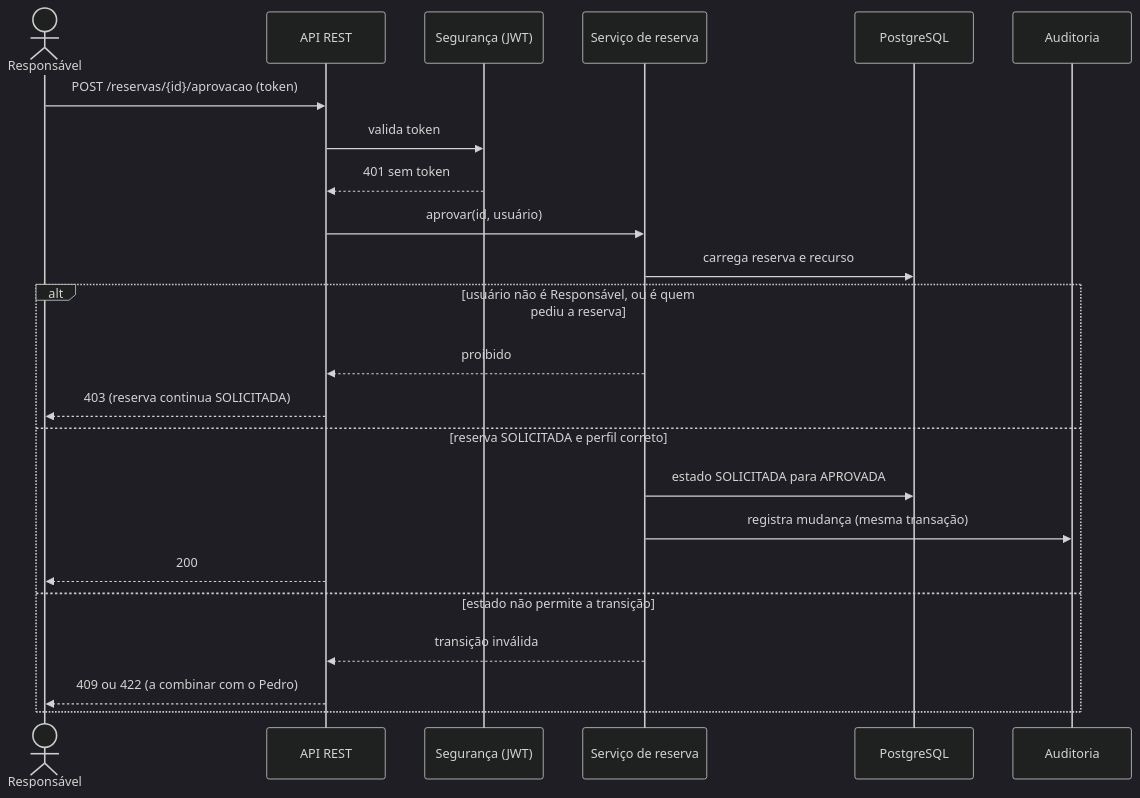
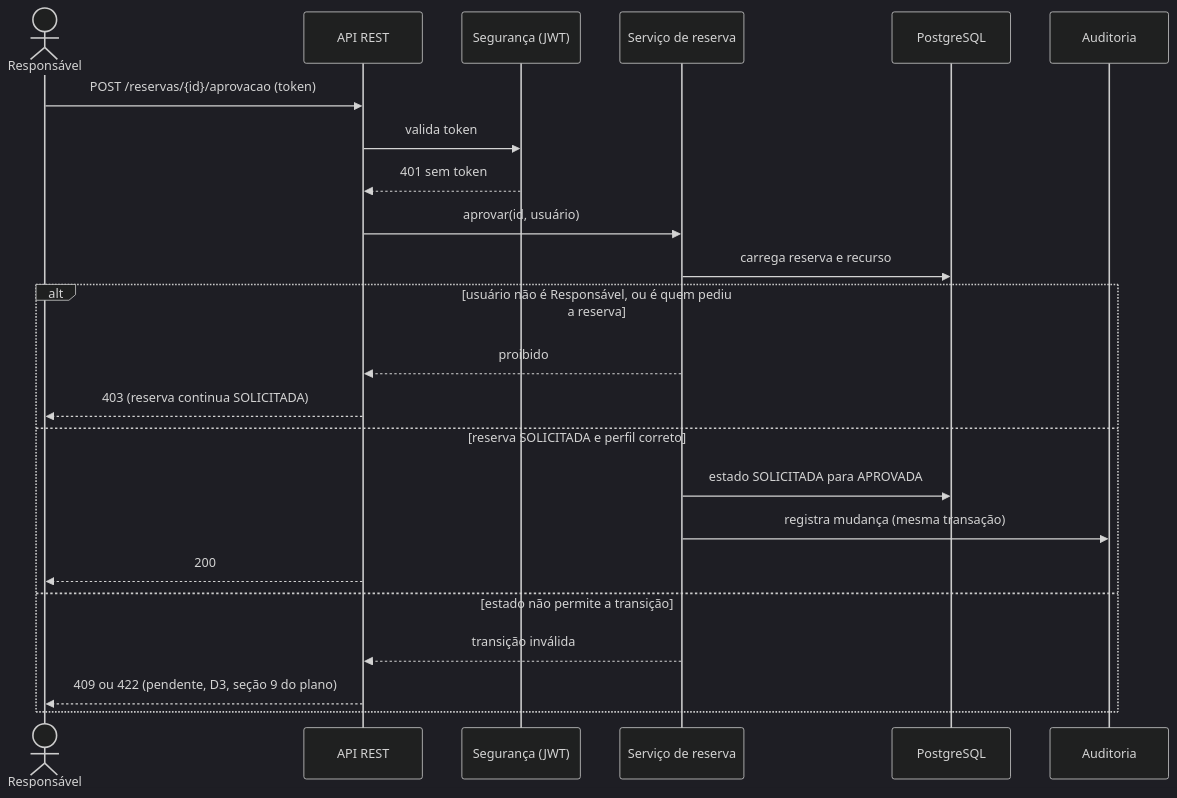
One commit to GustAndrade07/organizacao-recursos changed the fifth of 5 diagrams in docs/arquitetura.md. Above: the diagram before and after it, drawn with Mermaid (dark theme). The commit also changed other lines of this file and 3 other files, not shown here.

````diff
--- a/docs/arquitetura.md
+++ b/docs/arquitetura.md
@@ -122,26 +122,26 @@
 ```mermaid
 sequenceDiagram
     actor R as Responsável
     participant API as API REST
     participant SEG as Segurança (JWT)
     participant SRV as Serviço de reserva
     participant DB as PostgreSQL
     participant AUD as Auditoria
 
     R->>API: POST /reservas/{id}/aprovacao (token)
     API->>SEG: valida token
     SEG-->>API: 401 sem token
     API->>SRV: aprovar(id, usuário)
     SRV->>DB: carrega reserva e recurso
     alt usuário não é Responsável, ou é quem pediu a reserva
         SRV-->>API: proibido
         API-->>R: 403 (reserva continua SOLICITADA)
     else reserva SOLICITADA e perfil correto
         SRV->>DB: estado SOLICITADA para APROVADA
         SRV->>AUD: registra mudança (mesma transação)
         API-->>R: 200
     else estado não permite a transição
         SRV-->>API: transição inválida
-        API-->>R: 409 ou 422 (a combinar com o Pedro)
+        API-->>R: 409 ou 422 (pendente, D3, seção 9 do plano)
     end
 ```
````
